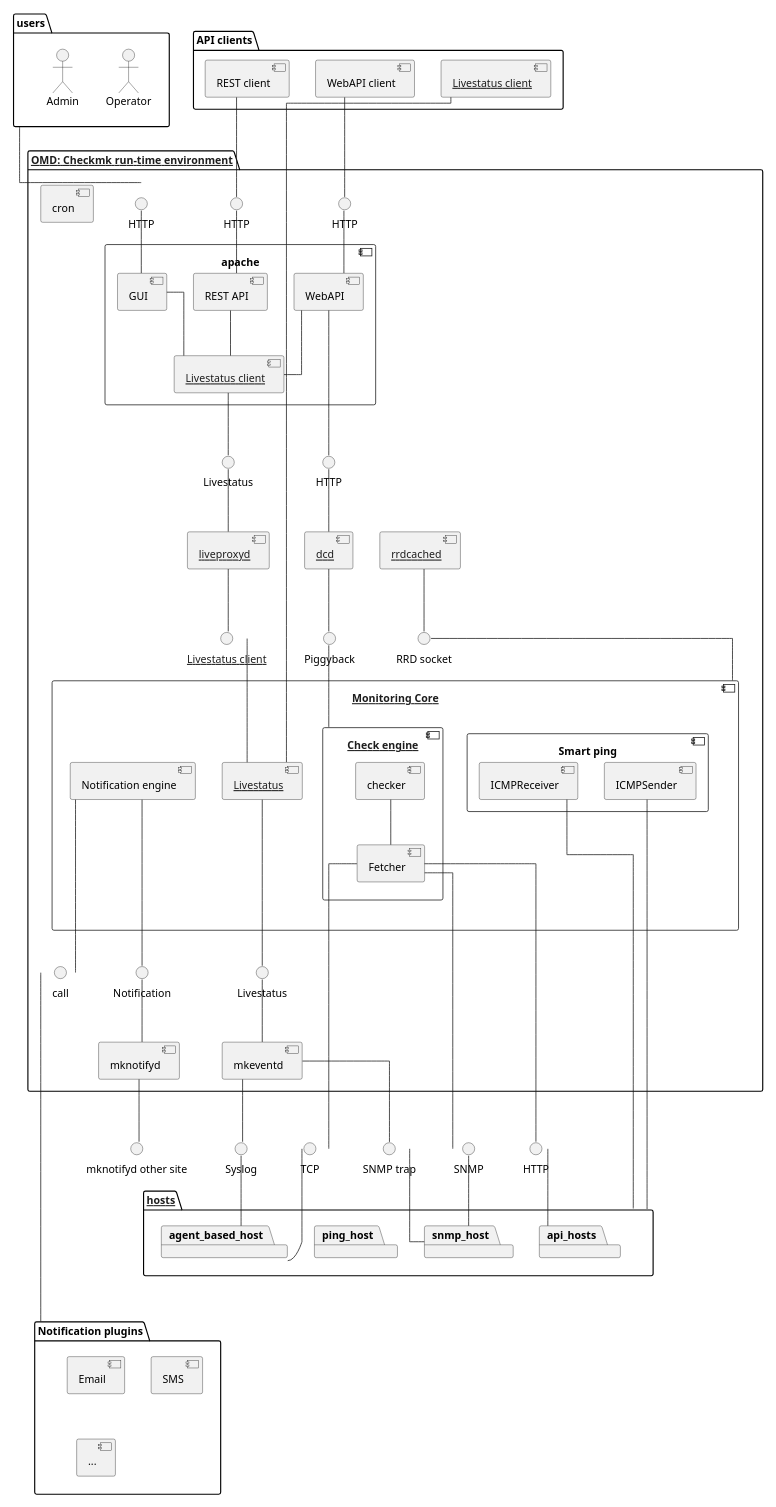
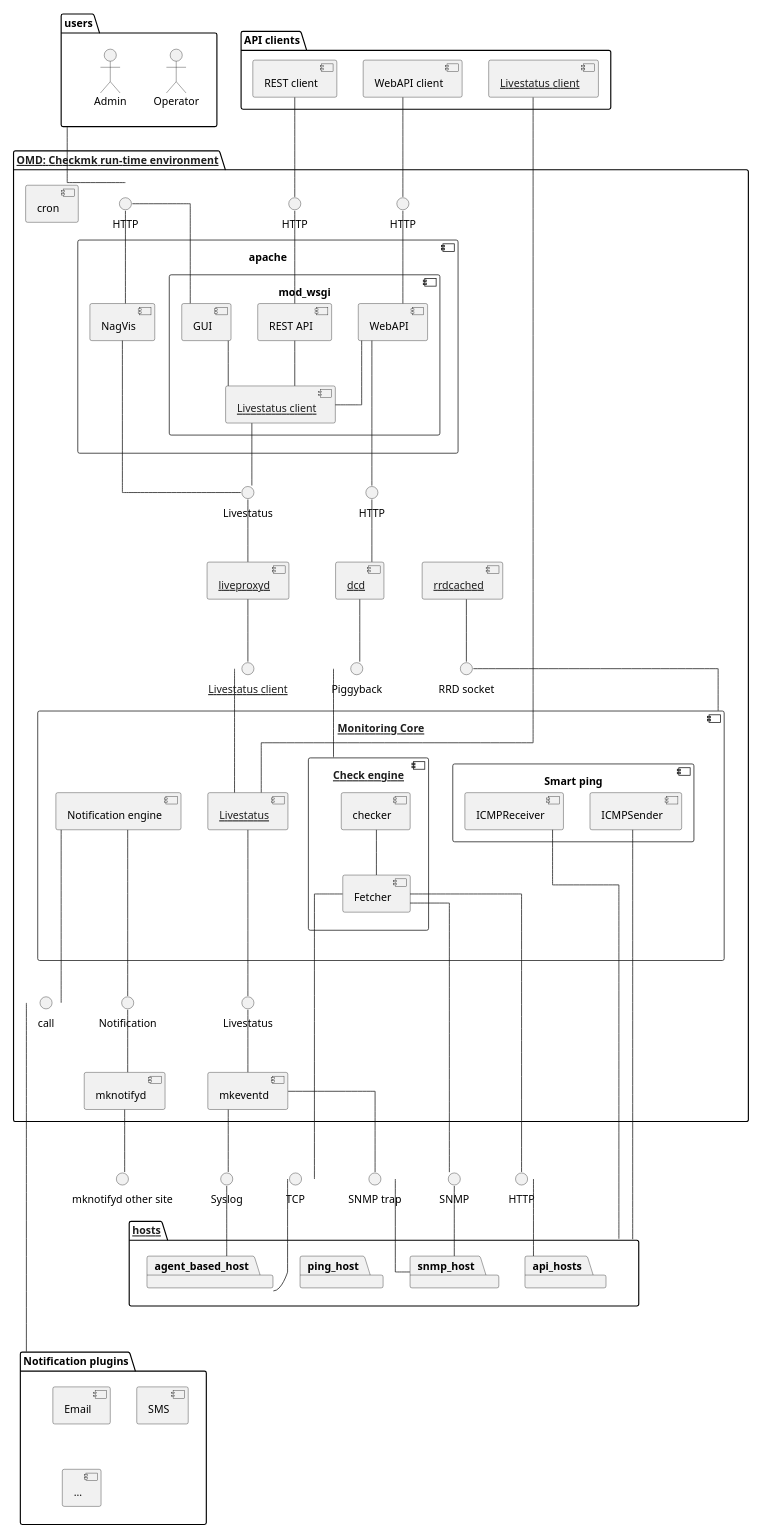
One commit to Checkmk/checkmk changed the diagram in doc/documentation/topology.puml. Above: the diagram before and after it, drawn with PlantUML. The commit also changed 1 other file, not shown here.

Commit message:
Add NagVis component to topology

```diff
--- a/doc/documentation/topology.puml
+++ b/doc/documentation/topology.puml
@@ -1,134 +1,139 @@
 @startuml
 skinparam componentStyle uml2
 skinparam linetype ortho
 skinparam monochrome true
 ' Remove shadows
 skinparam shadowing false
 scale 0.6
 
 package users {
     actor "Operator" as operator
     actor "Admin" as admin
 }
 
 package "API clients" as api_clients {
     component "WebAPI client" as web_api_client
     component "REST client" as rest_api_client
     component "[[../arch-comp-livestatus-client.html Livestatus client]]" as external_livestatus_client
 }
 
 package "[[../arch-comp-omd.html OMD: Checkmk run-time environment]]" as omd {
     interface HTTP as http_gui
     interface HTTP as http_rest_api
     interface HTTP as http_web_api
     component apache {
+        component "mod_wsgi" as mod_wsgi {
             component GUI
             component "REST API" as rest_api
             component WebAPI
             component "[[../arch-comp-livestatus-client.html Livestatus client]]" as apache_livestatus_client
+        }
+        component "NagVis" as nagvis
     }
     interface Livestatus as apache_livestatus
 
     component "[[../arch-comp-core.html Monitoring Core]]" as cmc {
         component "[[../arch-comp-livestatus.html Livestatus]]" as cmc_livestatus_server
         component "[[../arch-comp-checkengine.html Check engine]]" as check_engine {
             component checker
             component Fetcher
         }
         component "Smart ping" as smart_ping {
             component ICMPReceiver
             component ICMPSender
         }
         component "Notification engine" as notify_engine
     }
     interface "call" as call_notification_plugins
 
     component cron
 
     component "[[../arch-comp-liveproxyd.html liveproxyd]]" as liveproxyd
     interface "[[../arch-comp-livestatus-client.html Livestatus client]]" as liveproxyd_livestatus_client
 
     component "[[../arch-comp-dcd.html dcd]]" as dcd
     interface "HTTP" as dcd_web_api_client
     interface Piggyback as dcd_piggyback
 
     component mkeventd
     interface Livestatus as mkeventd_livestatus
 
     component mknotifyd
     interface Notification as mknotifyd_notification
 
     component "[[../arch-comp-rrdcached.html rrdcached]]" as rrdcached
     interface "RRD socket" as rrdcached_socket
 }
 interface "mknotifyd other site" as mknotifyd_other_site
 
 package "Notification plugins" as notification_plugins {
     component Email
     component SMS
     component "..."
 }
 
 package "[[../arch-comp-hosts.html hosts]]" as hosts {
     package agent_based_host
     package snmp_host
     package ping_host
     package api_hosts
 }
 interface TCP
 interface Syslog
 interface SNMP
 interface "SNMP trap" as trap
 interface HTTP as api_hosts_http
 
 users -d- http_gui
 web_api_client -d- http_web_api
 rest_api_client -d- http_rest_api
 
 http_gui -d- GUI
+http_gui -d- nagvis
 http_web_api -d- WebAPI
 http_rest_api -d- rest_api
 
 GUI -d- apache_livestatus_client
 WebAPI -d- apache_livestatus_client
 rest_api -d- apache_livestatus_client
 apache_livestatus_client -d- apache_livestatus
+nagvis -d- apache_livestatus
 apache_livestatus -d- liveproxyd
 
 liveproxyd -d- liveproxyd_livestatus_client
 liveproxyd_livestatus_client -d- cmc_livestatus_server
 
 dcd -u- dcd_web_api_client
 dcd -d- dcd_piggyback
 dcd_web_api_client -l- WebAPI
 dcd_piggyback -d- check_engine
 
 checker -- Fetcher
 
 external_livestatus_client -d- cmc_livestatus_server
 Fetcher -d- TCP
 TCP -d- agent_based_host
 Fetcher -d- SNMP
 SNMP -d- snmp_host
 Fetcher -d- api_hosts_http
 api_hosts_http -d- api_hosts
 ICMPSender -d- hosts
 ICMPReceiver -d- hosts
 
 cmc -u- rrdcached_socket
 rrdcached_socket -u- rrdcached
 
 notify_engine -d-- call_notification_plugins
 call_notification_plugins -d----- notification_plugins
 notify_engine -d-- mknotifyd_notification
 mknotifyd_notification -d- mknotifyd
 mknotifyd -d- mknotifyd_other_site
 
 cmc_livestatus_server --d- mkeventd_livestatus
 mkeventd_livestatus -d- mkeventd
 mkeventd -d- Syslog
 Syslog -d- agent_based_host
 mkeventd -d- trap
 trap -d- snmp_host
 
 @enduml
```
